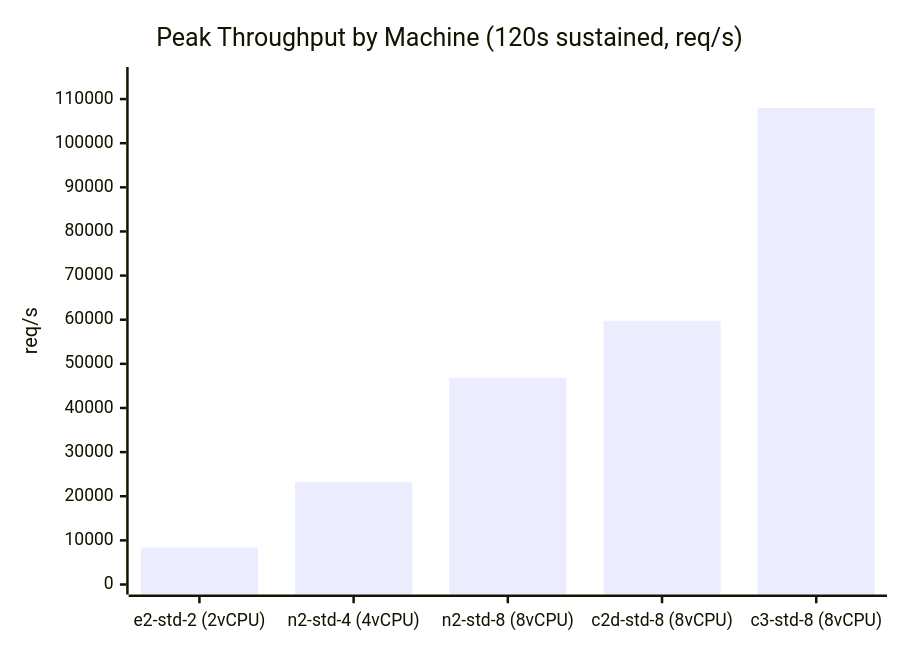
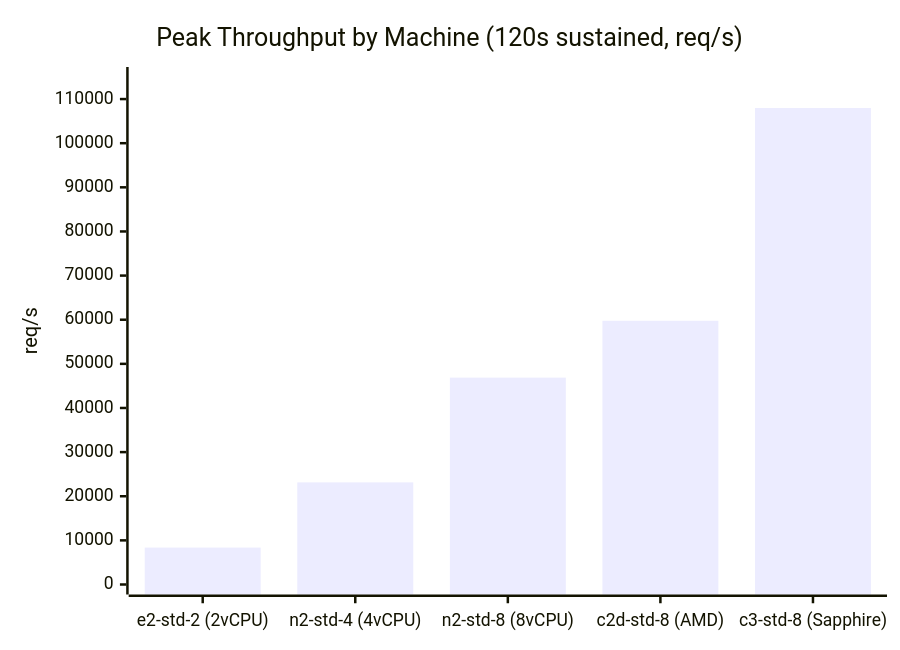
Before and after one commit to Manan-jn/rate-limiter: the first of 11 diagrams in README.md, drawn with Mermaid. The commit also changed other lines of this file, not shown here.

Commit message:
Restructure README with Mermaid charts and performance benchmarks

````diff
--- a/README.md
+++ b/README.md
@@ -25,7 +22,7 @@
 ```mermaid
 xychart-beta
     title "Peak Throughput by Machine (120s sustained, req/s)"
-    x-axis ["e2-std-2 (2vCPU)", "n2-std-4 (4vCPU)", "n2-std-8 (8vCPU)", "c2d-std-8 (8vCPU)", "c3-std-8 (8vCPU)"]
+    x-axis ["e2-std-2 (2vCPU)", "n2-std-4 (4vCPU)", "n2-std-8 (8vCPU)", "c2d-std-8 (AMD)", "c3-std-8 (Sapphire)"]
     y-axis "req/s" 0 --> 115000
     bar [8364, 23135, 46876, 59760, 107967]
 ```
````
